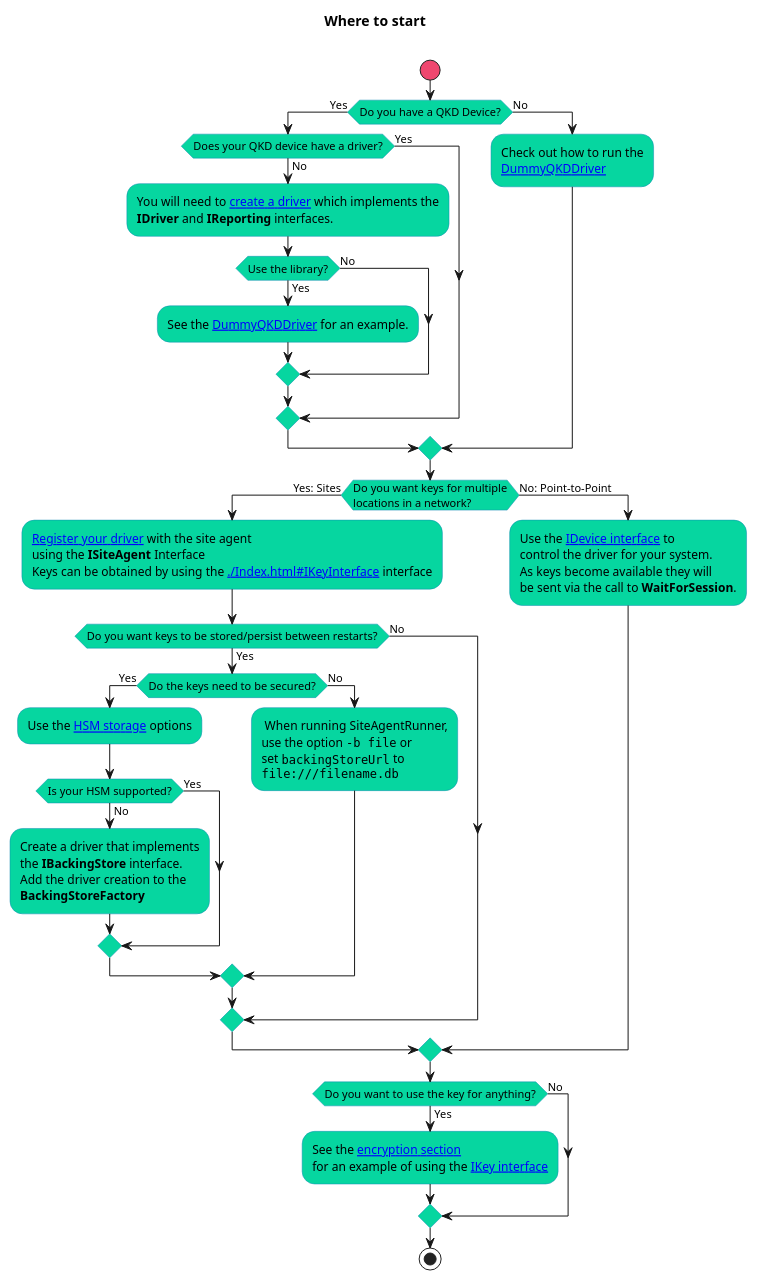
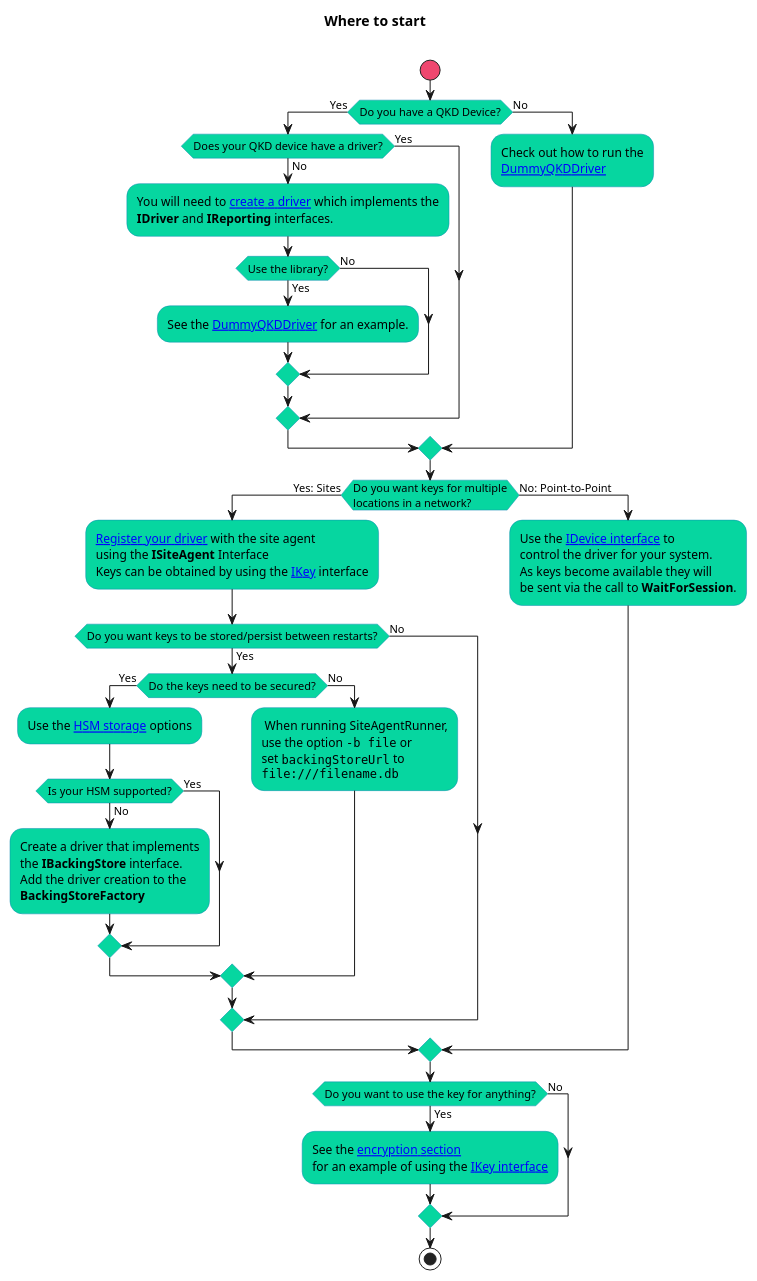
The diagram in README.md (Open-QKD-Network/cqptoolkit), drawn with PlantUML before and after one commit. The commit also changed other lines of this file, not shown here.

Commit message:
documentation- find link to IKey

```diff
--- a/README.md
+++ b/README.md
@@ -110,67 +110,67 @@
     @startuml
     title Where to start \n
 
     skinparam activity {
       StartColor #EF476F
       BarColor #FFD166
       EndColor #EF476F
       BackgroundColor #06D6A0
       BorderColor #118AB2
       FontName Impact
     }
 
     start
     if (Do you have a QKD Device?) then (Yes)
         if (Does your QKD device have a driver?) then (No)
             :You will need to [[./index.html#CreatingDrivers create a driver]] which implements the
             <b>IDriver</b> and <b>IReporting</b> interfaces.;
             if (Use the library?) then (Yes)
                 :See the [[./index.html#RunningDummyQKDDriver DummyQKDDriver]] for an example.;
             else (No)
             endif
         else (Yes)
         endif
     else (No)
         :Check out how to run the
         [[./index.html#RunningDummyQKDDriver DummyQKDDriver]];
     endif
 
     if (Do you want keys for multiple
     locations in a network?) then (Yes: Sites)
         :[[./index.html#Registering Register your driver]] with the site agent
         using the <b>ISiteAgent</b> Interface
-        Keys can be obtained by using the [[./Index.html#IKeyInterface]] interface;
+        Keys can be obtained by using the [[./index.html#IKeyInterface IKey]] interface;
 
         if(Do you want keys to be stored/persist between restarts?) then (Yes)
             if (Do the keys need to be secured?) then (Yes)
                 :Use the [[./index.html#HSMs HSM storage]] options;
                 if (Is your HSM supported?) then (No)
                     :Create a driver that implements
                     the <b>IBackingStore</b> interface.
                     Add the driver creation to the
                     <b>BackingStoreFactory</b>;
                 else (Yes)
                 endif
             else (No)
                 : When running SiteAgentRunner,
                 use the option ""-b file"" or
                 set ""backingStoreUrl"" to
                 ""file:///filename.db"";
             endif
         else (No)
         endif
     else (No: Point-to-Point)
         :Use the [[./index.html#IDeviceInterface IDevice interface]] to
         control the driver for your system.
         As keys become available they will
         be sent via the call to <b>WaitForSession</b>.;
     endif
 
     if (Do you want to use the key for anything?) then (Yes)
         :See the [[./index.html#Encryption encryption section]]
         for an example of using the [[./index.html#IKeyInterface IKey interface]];
     else (No)
     endif
     stop
 
     @enduml
```
